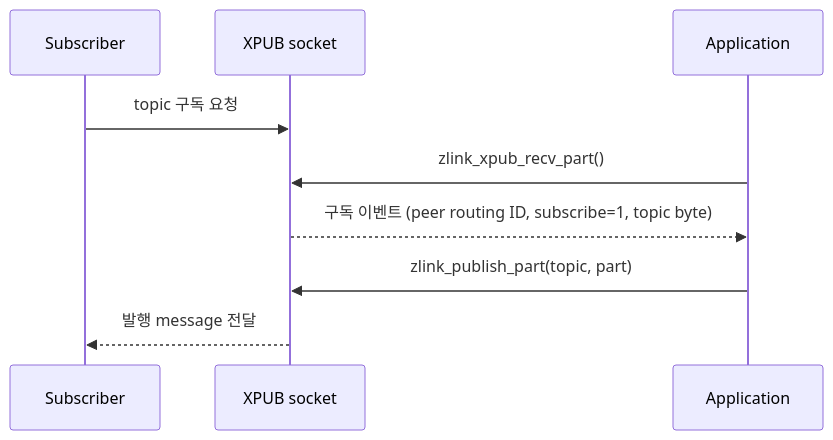
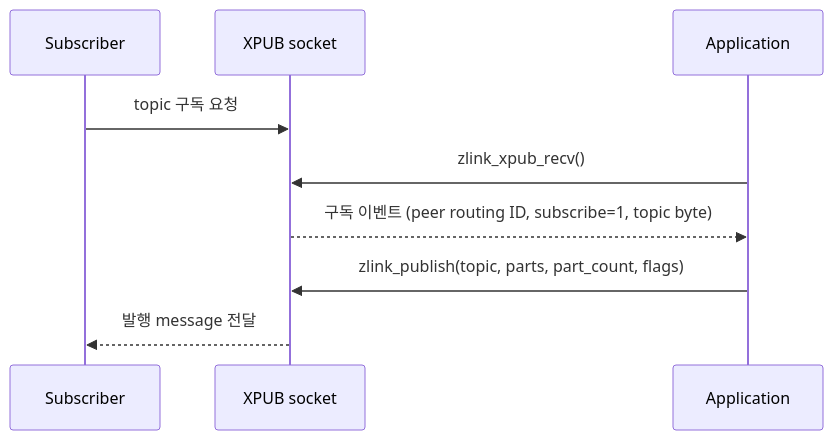
Before and after one commit to zlink-systems/zlink: the diagram in core/doc/spec/core/socket/04-xpub.ko.md, drawn with Mermaid. The commit also changed other lines of this file and 34 other files, not shown here.

````diff
--- a/core/doc/spec/core/socket/04-xpub.ko.md
+++ b/core/doc/spec/core/socket/04-xpub.ko.md
@@ -52,11 +52,11 @@
 ```mermaid
 sequenceDiagram
     participant Sub as Subscriber
     participant XPub as XPUB socket
     participant App as Application
     Sub->>XPub: topic 구독 요청
-    App->>XPub: zlink_xpub_recv_part()
+    App->>XPub: zlink_xpub_recv()
     XPub-->>App: 구독 이벤트 (peer routing ID, subscribe=1, topic byte)
-    App->>XPub: zlink_publish_part(topic, part)
+    App->>XPub: zlink_publish(topic, parts, part_count, flags)
     XPub-->>Sub: 발행 message 전달
 ```
````
